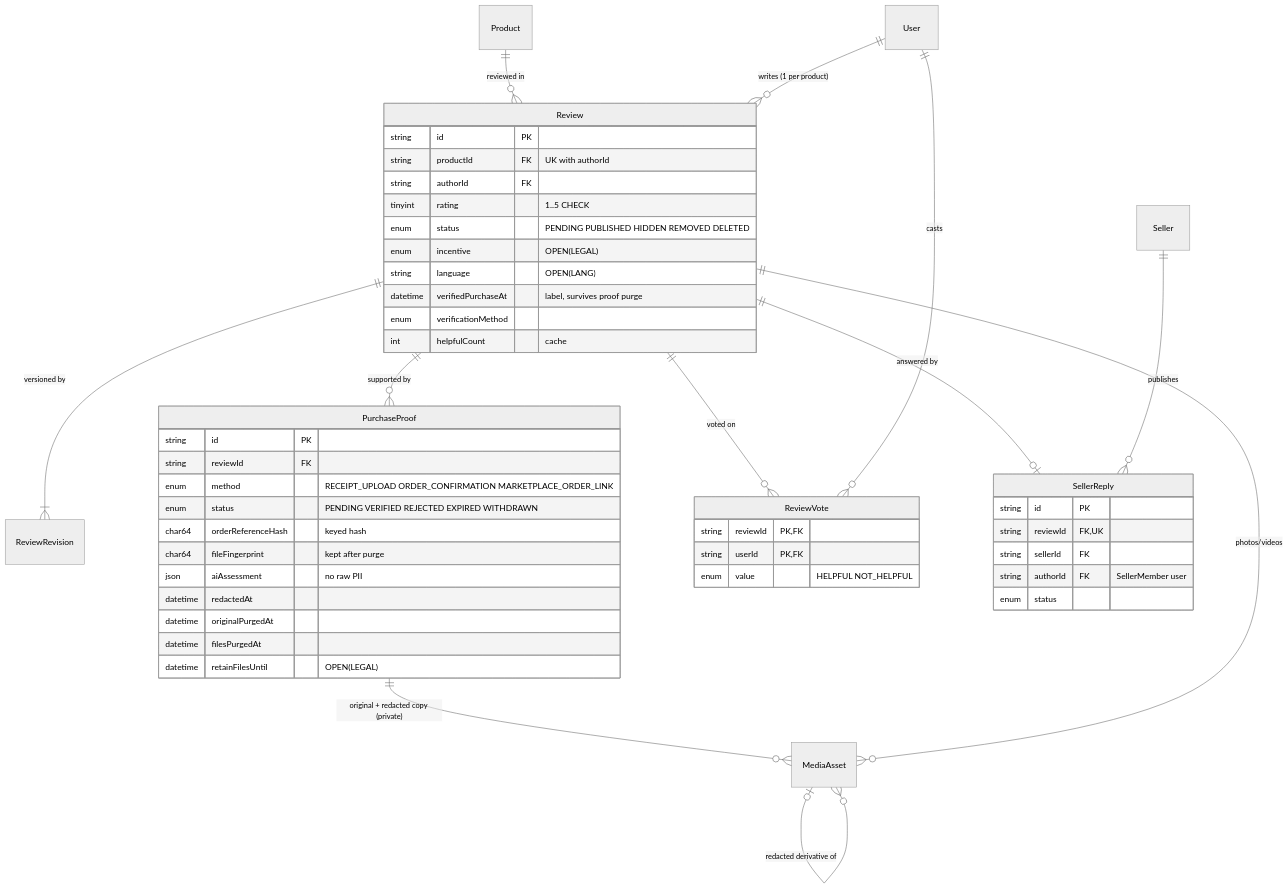
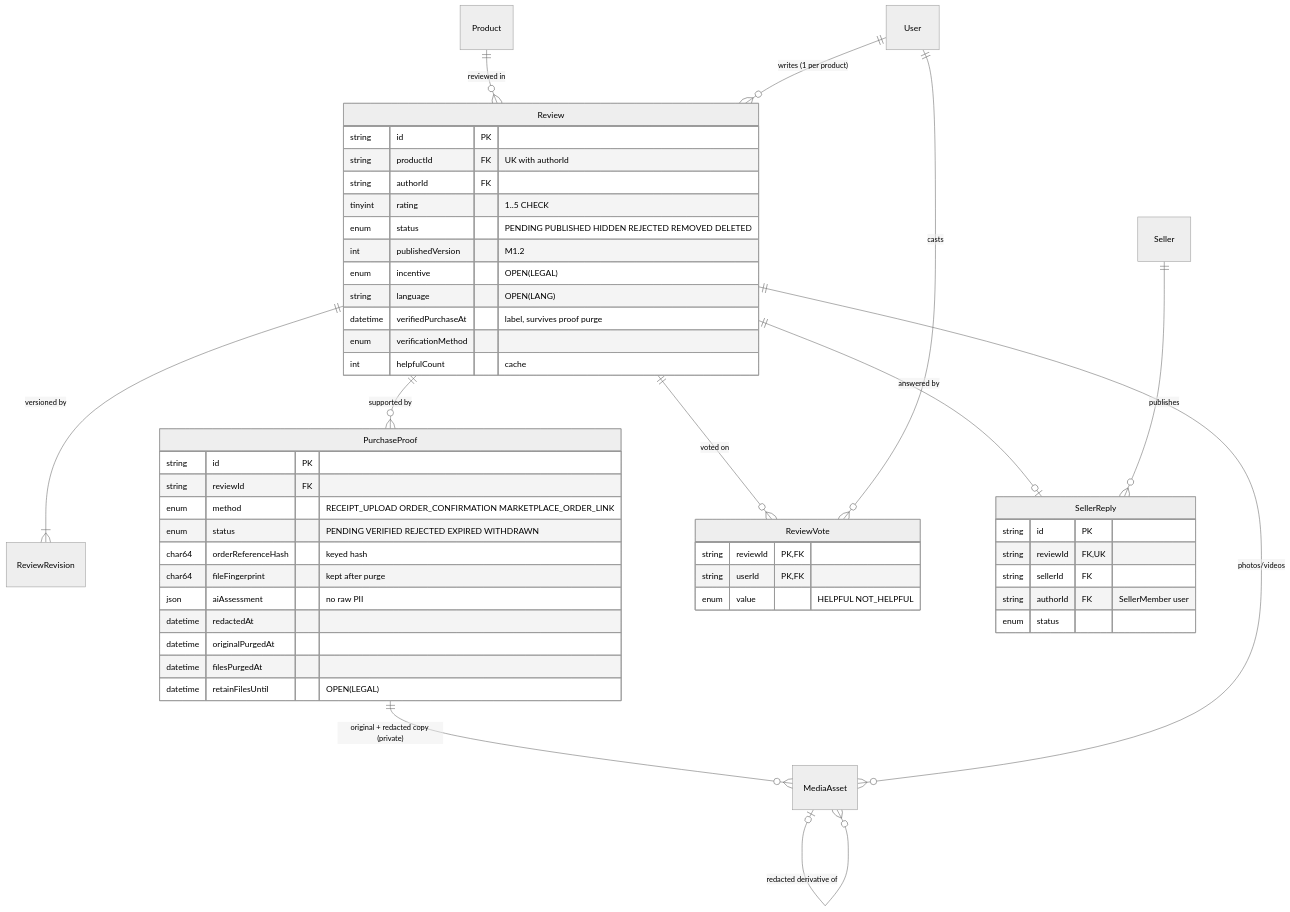
Before and after one commit to adeel4166/review-platform: the fourth of 8 diagrams in docs/architecture/data-model.md, drawn with Mermaid (neutral theme). The commit also changed other lines of this file and 12 other files, not shown here.

````diff
--- a/docs/architecture/data-model.md
+++ b/docs/architecture/data-model.md
@@ -223,52 +223,53 @@
 ```mermaid
 erDiagram
   Product ||--o{ Review : "reviewed in"
   User ||--o{ Review : "writes (1 per product)"
   Review ||--|{ ReviewRevision : "versioned by"
   Review ||--o{ PurchaseProof : "supported by"
   PurchaseProof ||--o{ MediaAsset : "original + redacted copy (private)"
   MediaAsset |o--o{ MediaAsset : "redacted derivative of"
   Review ||--o{ ReviewVote : "voted on"
   User ||--o{ ReviewVote : "casts"
   Review ||--o| SellerReply : "answered by"
   Seller ||--o{ SellerReply : "publishes"
   Review ||--o{ MediaAsset : "photos/videos"
 
   Review {
     string id PK
     string productId FK "UK with authorId"
     string authorId FK
     tinyint rating "1..5 CHECK"
-    enum status "PENDING PUBLISHED HIDDEN REMOVED DELETED"
+    enum status "PENDING PUBLISHED HIDDEN REJECTED REMOVED DELETED"
+    int publishedVersion "M1.2"
     enum incentive "OPEN(LEGAL)"
     string language "OPEN(LANG)"
     datetime verifiedPurchaseAt "label, survives proof purge"
     enum verificationMethod
     int helpfulCount "cache"
   }
   PurchaseProof {
     string id PK
     string reviewId FK
     enum method "RECEIPT_UPLOAD ORDER_CONFIRMATION MARKETPLACE_ORDER_LINK"
     enum status "PENDING VERIFIED REJECTED EXPIRED WITHDRAWN"
     char64 orderReferenceHash "keyed hash"
     char64 fileFingerprint "kept after purge"
     json aiAssessment "no raw PII"
     datetime redactedAt
     datetime originalPurgedAt
     datetime filesPurgedAt
     datetime retainFilesUntil "OPEN(LEGAL)"
   }
   ReviewVote {
     string reviewId PK,FK
     string userId PK,FK
     enum value "HELPFUL NOT_HELPFUL"
   }
   SellerReply {
     string id PK
     string reviewId FK,UK
     string sellerId FK
     string authorId FK "SellerMember user"
     enum status
   }
 ```
````
